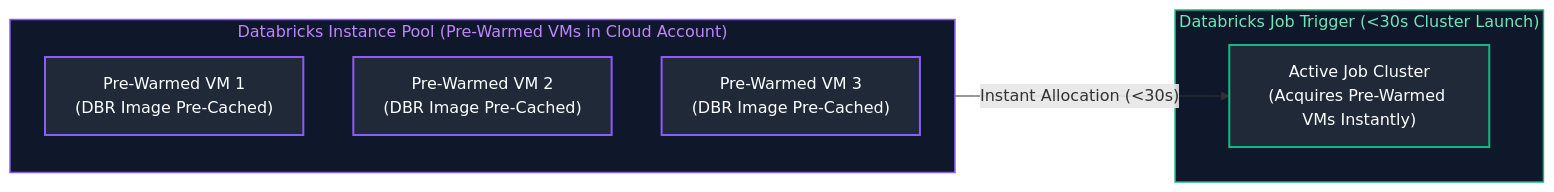
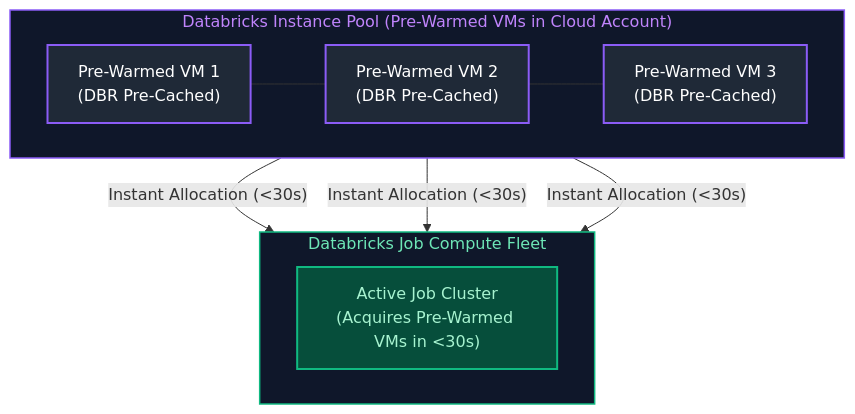
The fifth of 17 diagrams in Data Engineering/09_databricks_and_delta_lake.md (joydeep-biswas/Interview-Preparation), drawn with Mermaid before and after one commit. The commit also changed other lines of this file and 76 other files, not shown here.

Commit message:
Updated Charts

````diff
--- a/Data Engineering/09_databricks_and_delta_lake.md
+++ b/Data Engineering/09_databricks_and_delta_lake.md
@@ -408,21 +420,21 @@
 ```mermaid
-flowchart LR
+flowchart TD
     subgraph WarmPool ["Databricks Instance Pool (Pre-Warmed VMs in Cloud Account)"]
-        IdleVM1["Pre-Warmed VM 1\n(DBR Image Pre-Cached)"]
-        IdleVM2["Pre-Warmed VM 2\n(DBR Image Pre-Cached)"]
-        IdleVM3["Pre-Warmed VM 3\n(DBR Image Pre-Cached)"]
+        direction LR
+        IdleVM1["Pre-Warmed VM 1<br/>(DBR Pre-Cached)"] --- IdleVM2["Pre-Warmed VM 2<br/>(DBR Pre-Cached)"] --- IdleVM3["Pre-Warmed VM 3<br/>(DBR Pre-Cached)"]
     end
 
-    subgraph TriggerJob ["Databricks Job Trigger (<30s Cluster Launch)"]
-        JobCluster["Active Job Cluster\n(Acquires Pre-Warmed VMs Instantly)"]
+    subgraph TriggerJob ["Databricks Job Compute Fleet"]
+        direction LR
+        JobCluster["Active Job Cluster<br/>(Acquires Pre-Warmed VMs in <30s)"]
     end
 
-    WarmPool -->|"Instant Allocation (<30s)"| JobCluster
+    IdleVM1 & IdleVM2 & IdleVM3 -->|"Instant Allocation (<30s)"| JobCluster
 
     style WarmPool fill:#0f172a,stroke:#8b5cf6,stroke-width:1.5px,color:#c084fc
     style TriggerJob fill:#0f172a,stroke:#10b981,stroke-width:1.5px,color:#6ee7b7
     style IdleVM1 fill:#1f2937,stroke:#8b5cf6,stroke-width:2px,color:#fff
     style IdleVM2 fill:#1f2937,stroke:#8b5cf6,stroke-width:2px,color:#fff
     style IdleVM3 fill:#1f2937,stroke:#8b5cf6,stroke-width:2px,color:#fff
-    style JobCluster fill:#1f2937,stroke:#10b981,stroke-width:2px,color:#fff
+    style JobCluster fill:#064e3b,stroke:#10b981,stroke-width:2px,color:#a7f3d0
 ```
````
